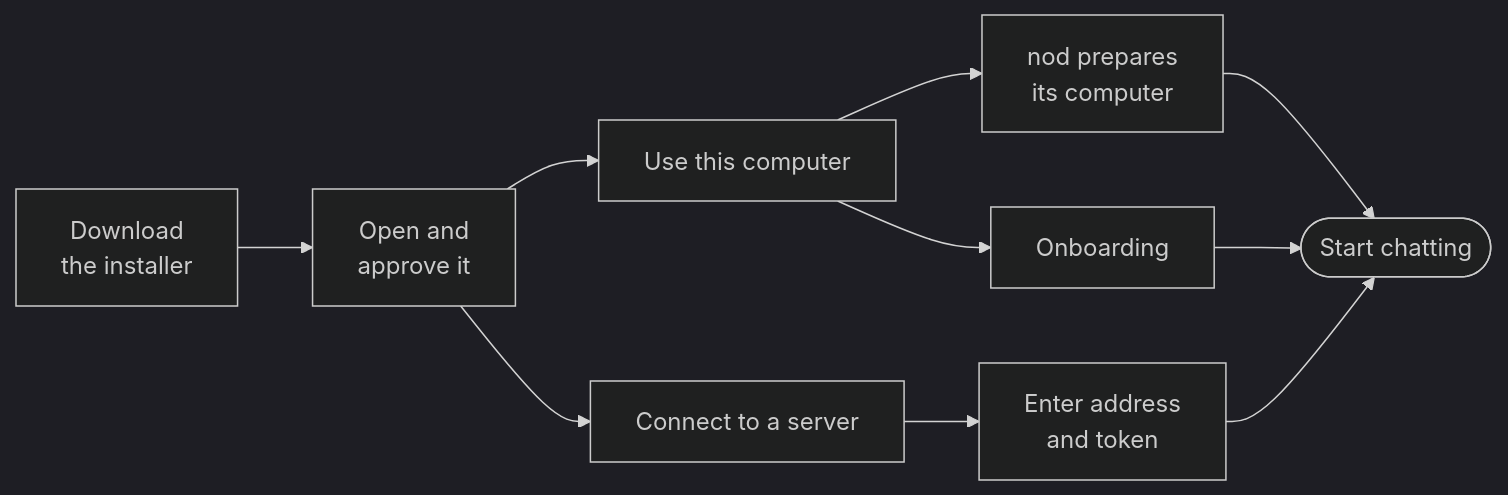
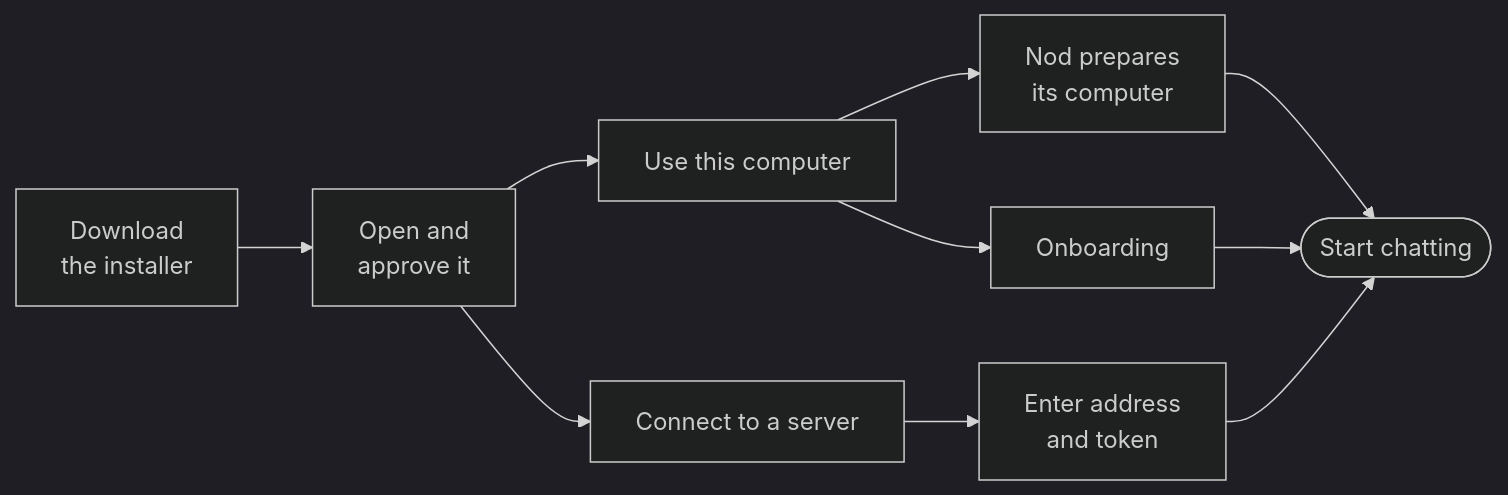
One commit to KrishBhimani/nod changed the diagram in docs/src/content/docs/get-started/install-desktop.mdx. Above: the diagram before and after it, drawn with Mermaid (dark theme). The commit also changed other lines of this file and 275 other files, not shown here.

````diff
--- a/docs/src/content/docs/get-started/install-desktop.mdx
+++ b/docs/src/content/docs/get-started/install-desktop.mdx
@@ -16,12 +16,12 @@
 ```mermaid
 flowchart LR
   dl[Download<br/>the installer] --> open[Open and<br/>approve it]
   open --> local[Use this computer]
-  local --> prep[nod prepares<br/>its computer]:::accent
+  local --> prep[Nod prepares<br/>its computer]:::accent
   local --> ob[Onboarding]
   open --> remote[Connect to a server]
   remote --> address[Enter address<br/>and token]
   prep --> chat([Start chatting]):::go
   ob --> chat
   address --> chat
 ```
````
